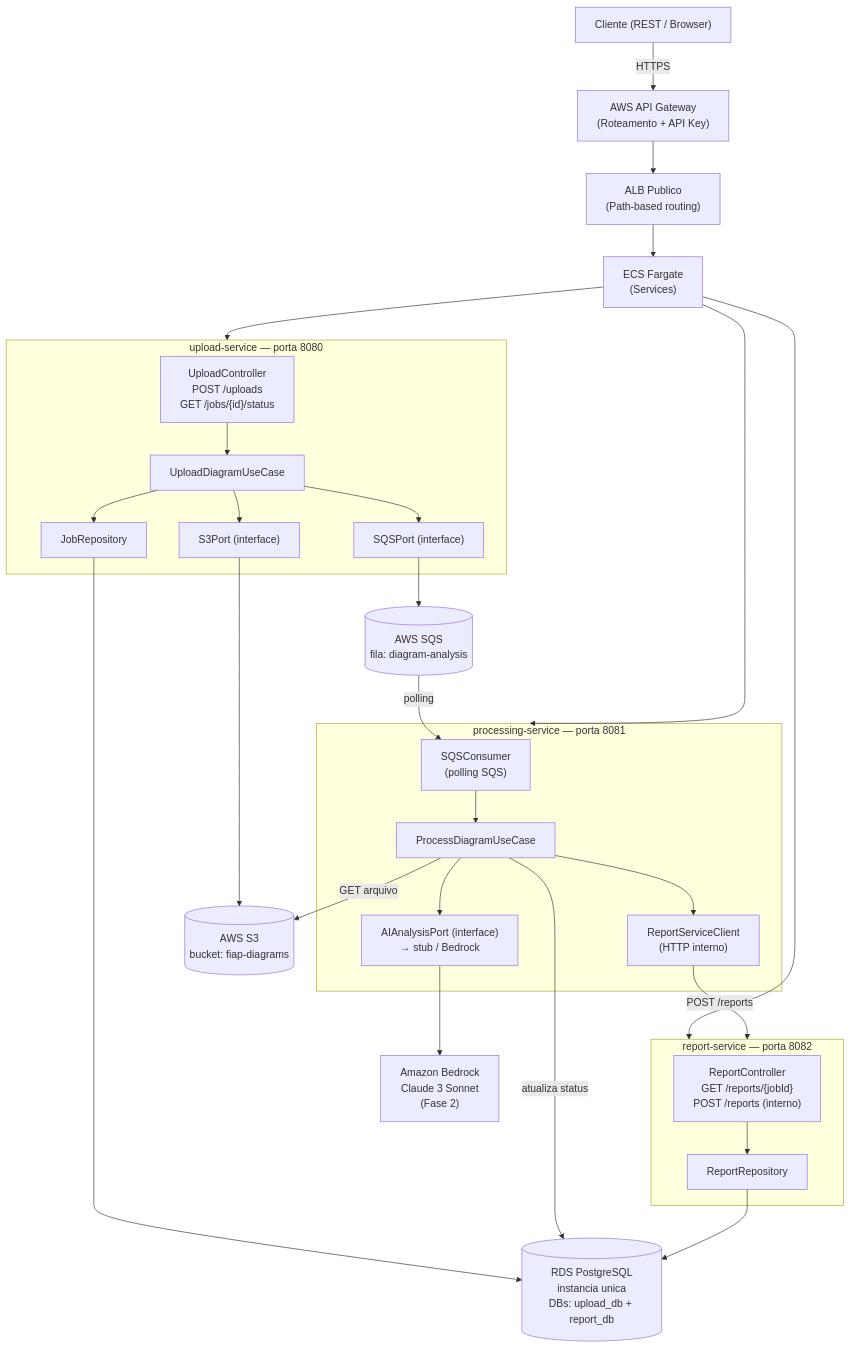
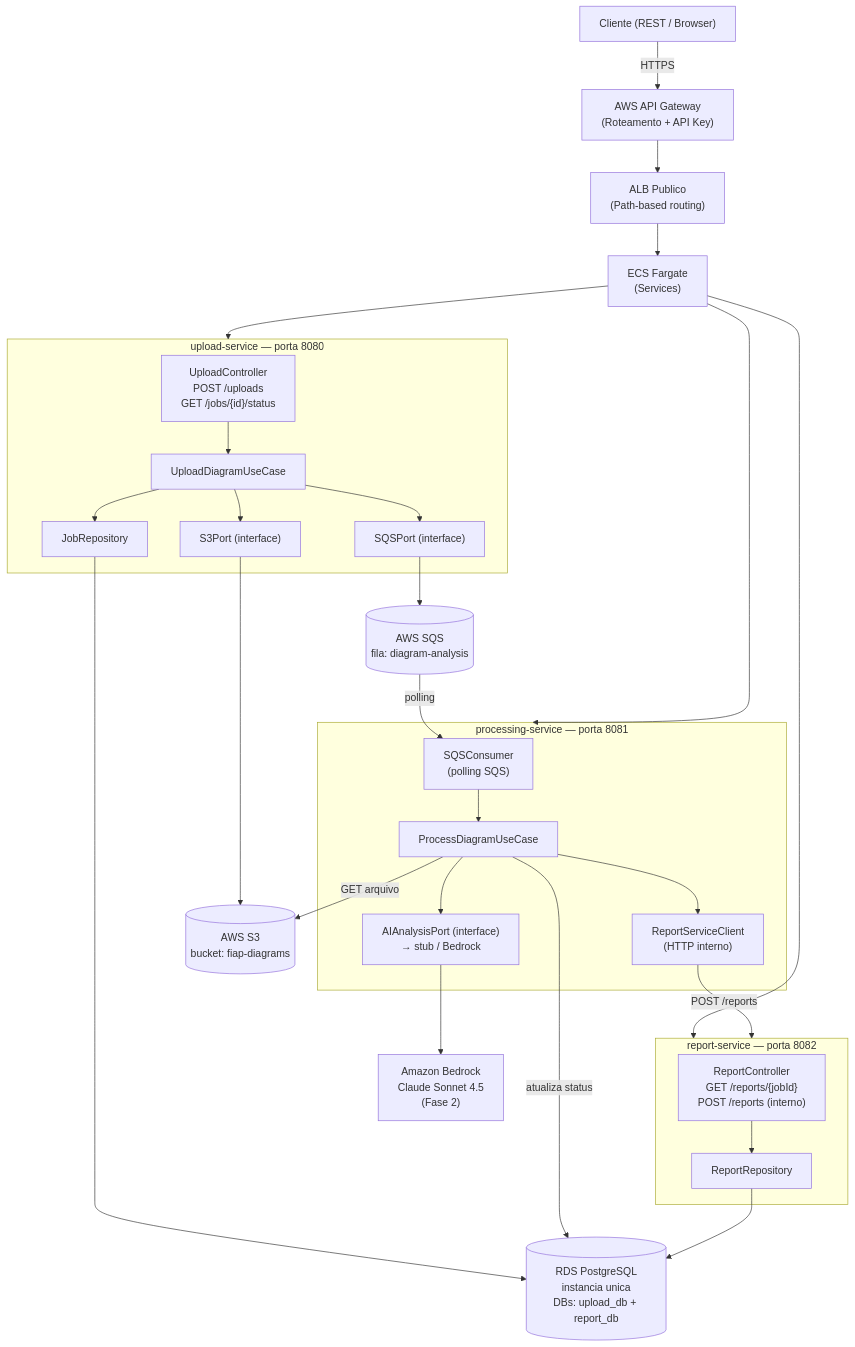
One commit to Leonardo-almd/fiap-hackaton-infrastructure changed the first of 3 diagrams in docs/architecture/architecture.md. Above: the diagram before and after it, drawn with Mermaid. The commit also changed 5 other files, not shown here.

Commit message:
feat: update Bedrock model ID to Claude Sonnet 4.5 and enhance IAM permissions for AWS Marketplace

````diff
--- a/docs/architecture/architecture.md
+++ b/docs/architecture/architecture.md
@@ -13,52 +13,52 @@
 ```mermaid
 flowchart TD
     Client["Cliente (REST / Browser)"]
     APIGW["AWS API Gateway\n(Roteamento + API Key)"]
     ALB["ALB Publico\n(Path-based routing)"]
     ECS["ECS Fargate\n(Services)"]
 
     subgraph uploadSvc [upload-service — porta 8080]
         UploadController["UploadController\nPOST /uploads\nGET /jobs/{id}/status"]
         UploadUseCase["UploadDiagramUseCase"]
         JobRepository["JobRepository"]
         S3Port["S3Port (interface)"]
         SQSPort["SQSPort (interface)"]
     end
 
     subgraph processingSvc [processing-service — porta 8081]
         SQSConsumer["SQSConsumer\n(polling SQS)"]
         ProcessUseCase["ProcessDiagramUseCase"]
         AIPort["AIAnalysisPort (interface)\n→ stub / Bedrock"]
         ReportClient["ReportServiceClient\n(HTTP interno)"]
     end
 
     subgraph reportSvc [report-service — porta 8082]
         ReportController["ReportController\nGET /reports/{jobId}\nPOST /reports (interno)"]
         ReportRepository["ReportRepository"]
     end
 
     RDS[("RDS PostgreSQL\ninstancia unica\nDBs: upload_db + report_db")]
     S3[("AWS S3\nbucket: fiap-diagrams")]
     SQS[("AWS SQS\nfila: diagram-analysis")]
-    AI["Amazon Bedrock\nClaude 3 Sonnet\n(Fase 2)"]
+    AI["Amazon Bedrock\nClaude Sonnet 4.5\n(Fase 2)"]
 
     Client -->|"HTTPS"| APIGW
     APIGW --> ALB --> ECS
     ECS --> uploadSvc
     ECS --> reportSvc
     ECS --> processingSvc
 
     UploadController --> UploadUseCase
     UploadUseCase --> S3Port --> S3
     UploadUseCase --> JobRepository --> RDS
     UploadUseCase --> SQSPort --> SQS
 
     SQS -->|"polling"| SQSConsumer
     SQSConsumer --> ProcessUseCase
     ProcessUseCase -->|"GET arquivo"| S3
     ProcessUseCase -->|"atualiza status"| RDS
     ProcessUseCase --> AIPort --> AI
     ProcessUseCase --> ReportClient -->|"POST /reports"| reportSvc
 
     ReportController --> ReportRepository --> RDS
 ```
````
